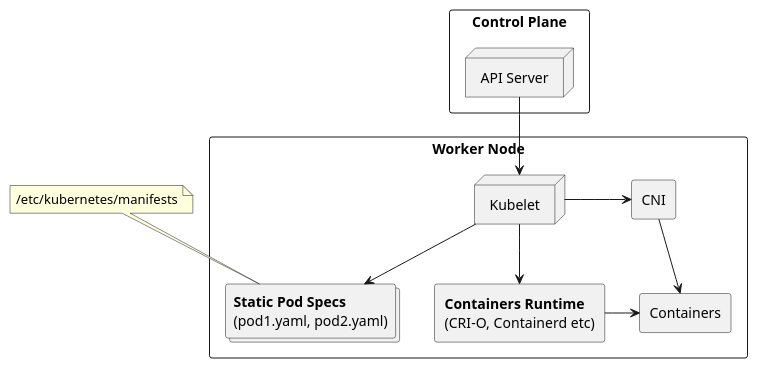
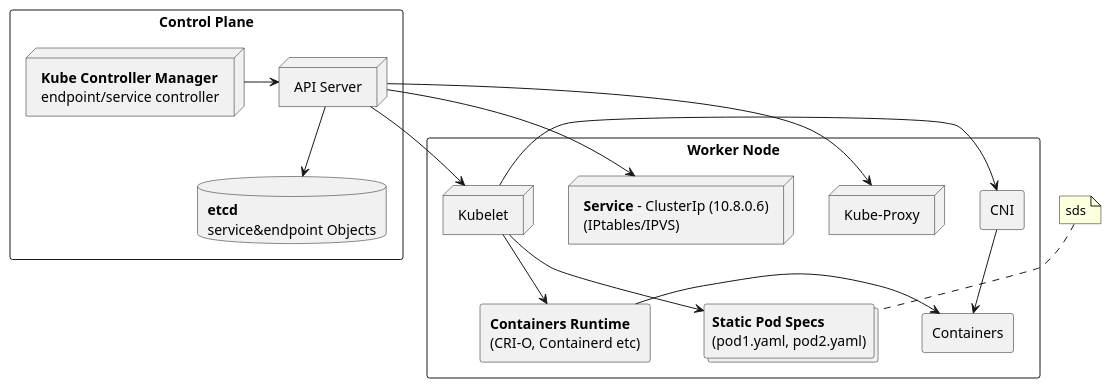
Before and after one commit to gngsn/TIL: the diagram in k8s/kube-proxy.puml, drawn with PlantUML. The commit also changed 1 other file, not shown here.

```diff
--- a/k8s/kube-proxy.puml
+++ b/k8s/kube-proxy.puml
@@ -1,24 +1,34 @@
 @startuml
 
 rectangle "Control Plane" {
+  node "<b>Kube Controller Manager</b>\nendpoint/service controller" as kcm
   node "API Server"
+  database "<b>etcd</b>\nservice&endpoint Objects" as etcd
 }
 
 rectangle "Worker Node" {
   node Kubelet
   rectangle Containers
   rectangle CNI
   collections "<b>Static Pod Specs</b>\n(pod1.yaml, pod2.yaml)" as Specs
   rectangle "<b>Containers Runtime</b>\n(CRI-O, Containerd etc)" as Runtime
+
+  node "Kube-Proxy" as Kubeproxy
+  node "<b>Service</b> - ClusterIp (10.8.0.6)\n(IPtables/IPVS)" as Service
 }
 
 
+kcm -> "API Server"
+"API Server" --> etcd
 "API Server" --> Kubelet
+"API Server" --> Kubeproxy
+"API Server" --> Service
+
 Kubelet -> CNI
 Kubelet --> Specs
 Kubelet -> Runtime
 Runtime -> Containers
 CNI --> Containers
 
-note top of Specs: /etc/kubernetes/manifests
+note top of Specs: sds
 @enduml
```
